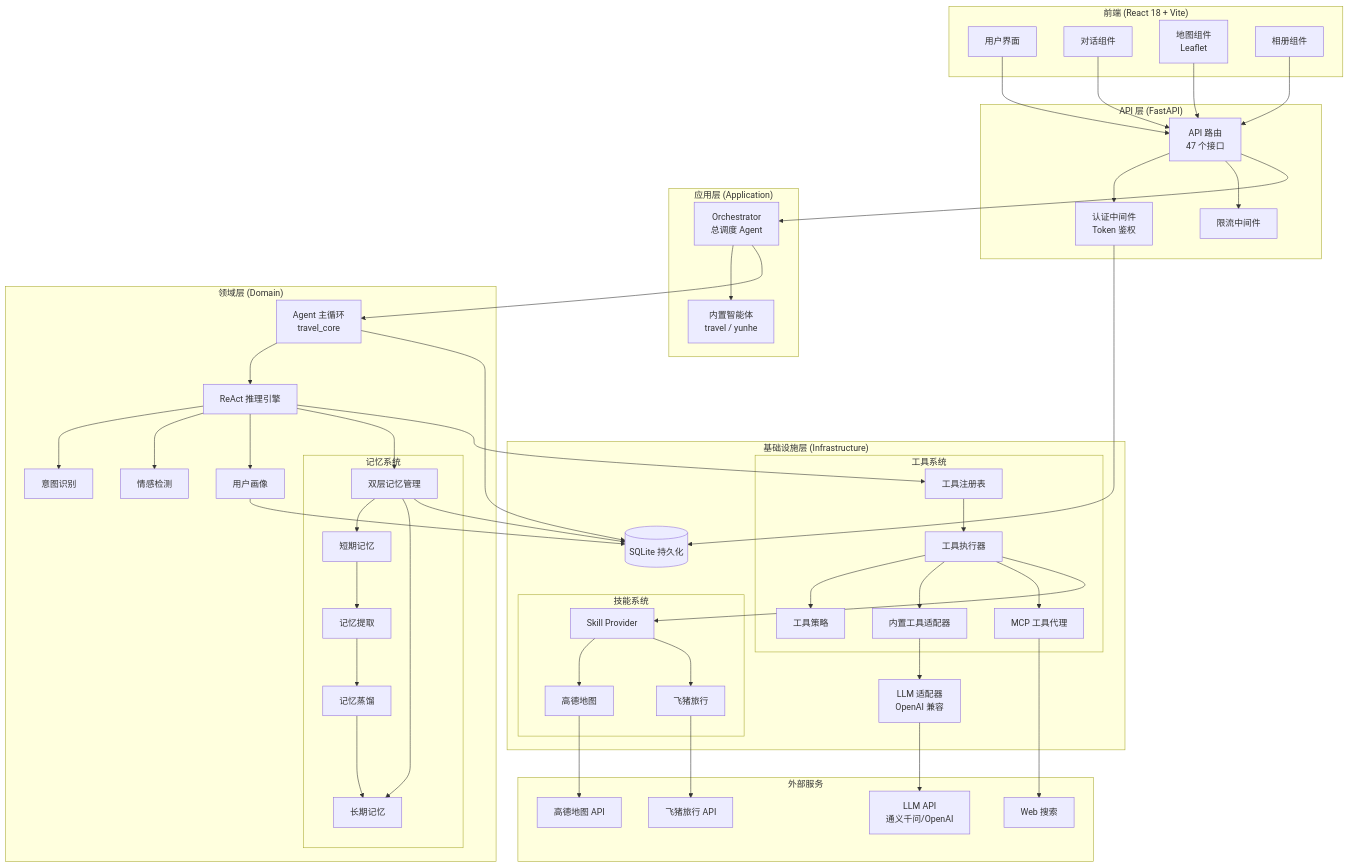
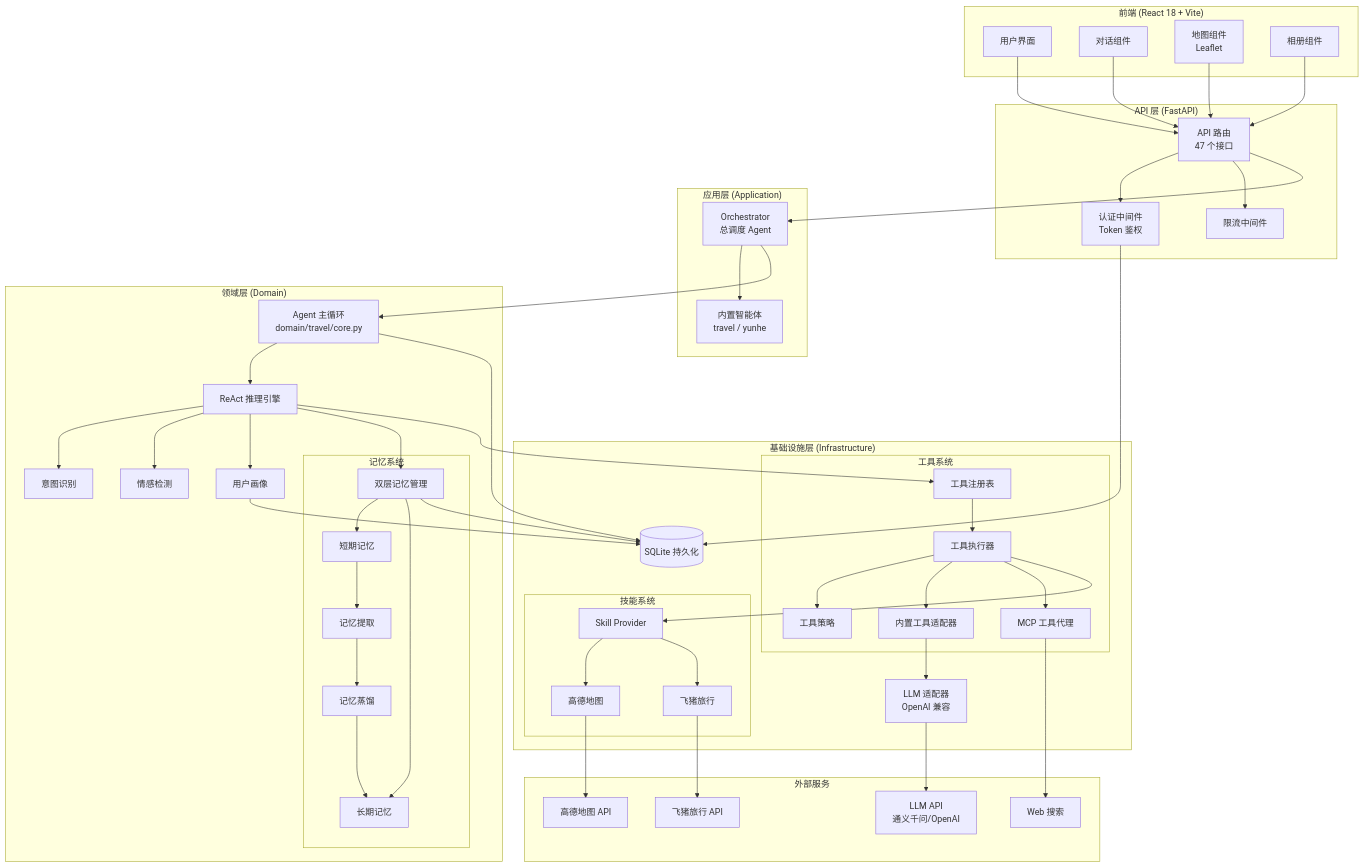
The diagram in README.md (zhushenxiou/travel-plan-agent), drawn with Mermaid before and after one commit. The commit also changed other lines of this file and 86 other files, not shown here.

```diff
--- a/README.md
+++ b/README.md
@@ -51,7 +51,7 @@
     end
 
     subgraph "领域层 (Domain)"
-        AgentCore[Agent 主循环<br/>travel_core]
+        AgentCore[Agent 主循环<br/>domain/travel/core.py]
         Reasoning[ReAct 推理引擎]
         Intent[意图识别]
         Emotion[情感检测]
```
